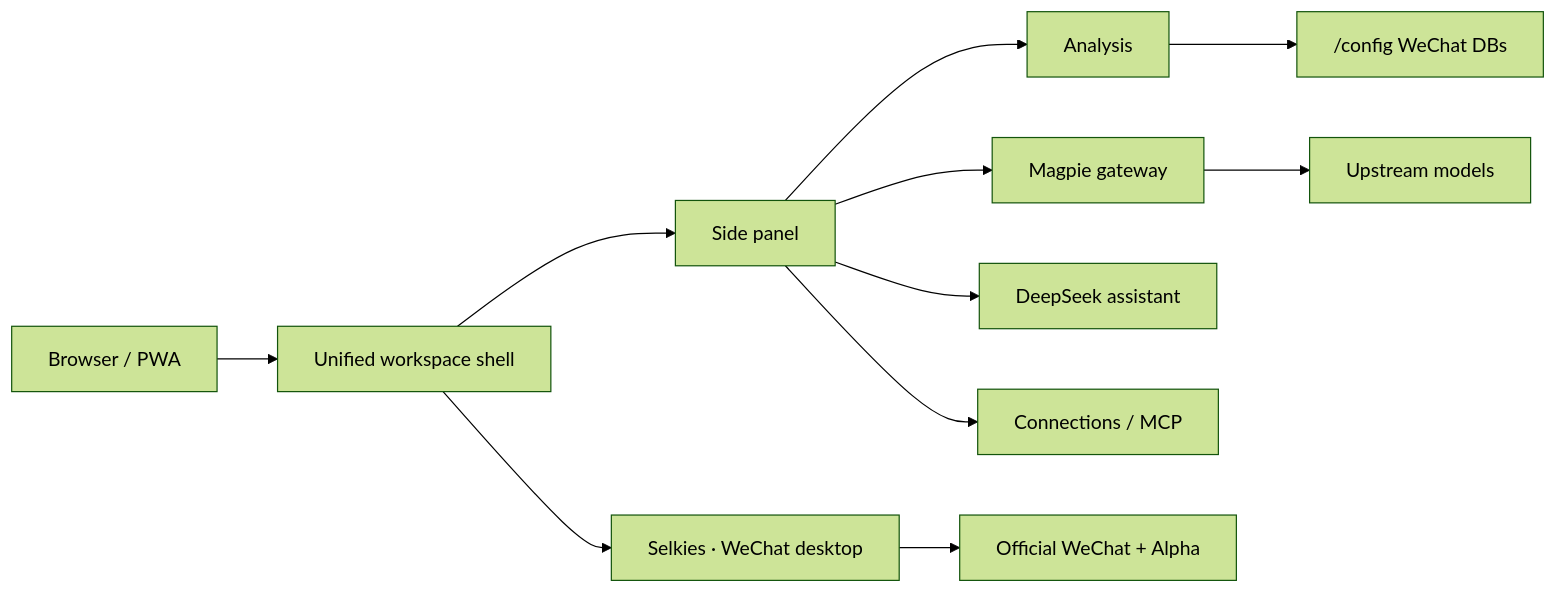
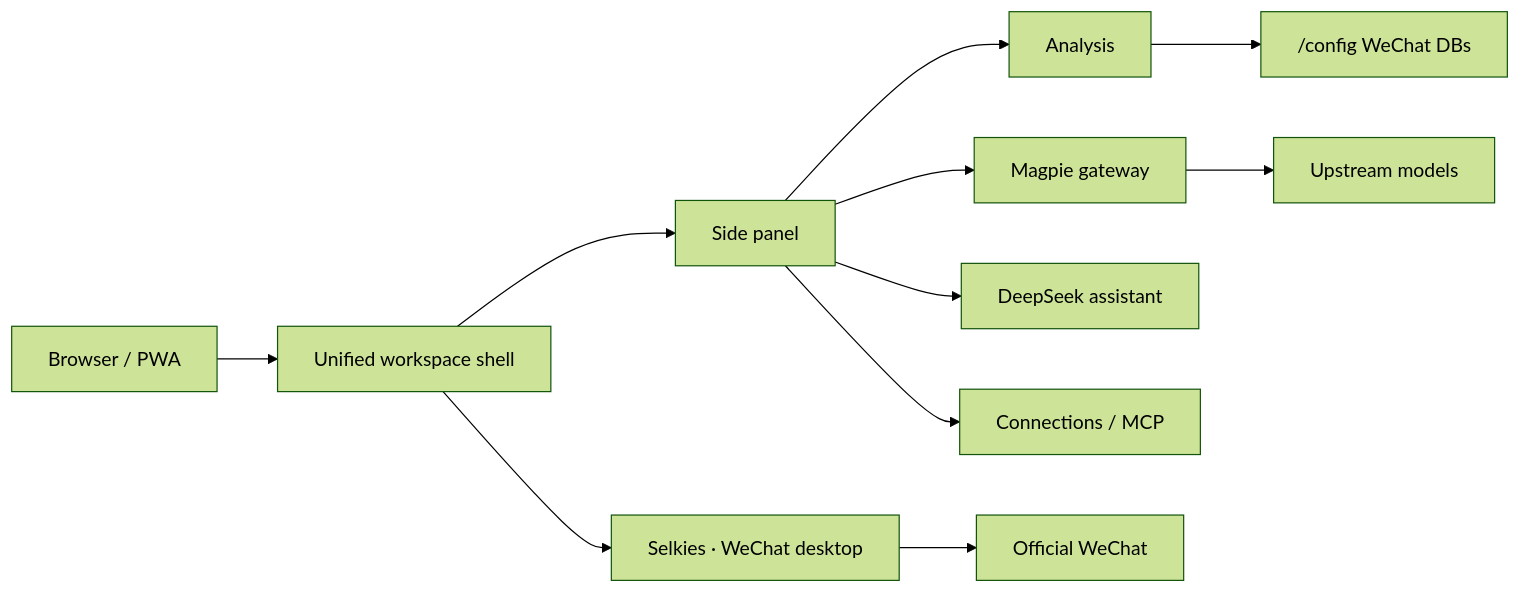
One commit to fliaping/weharbor changed the diagram in README.md. Above: the diagram before and after it, drawn with Mermaid (forest theme). The commit also changed other lines of this file and 57 other files, not shown here.

````diff
--- a/README.md
+++ b/README.md
@@ -58,13 +58,13 @@
 ```mermaid
 flowchart LR
   Browser["Browser / PWA"] --> Shell["Unified workspace shell"]
   Shell --> Stream["Selkies · WeChat desktop"]
   Shell --> Side["Side panel"]
   Side --> Analysis["Analysis"]
   Side --> Magpie["Magpie gateway"]
   Side --> DSH["DeepSeek assistant"]
   Side --> Conn["Connections / MCP"]
   Magpie --> Models["Upstream models"]
   Analysis --> Data["/config WeChat DBs"]
-  Stream --> WeChat["Official WeChat + Alpha"]
+  Stream --> WeChat["Official WeChat"]
 ```
````
